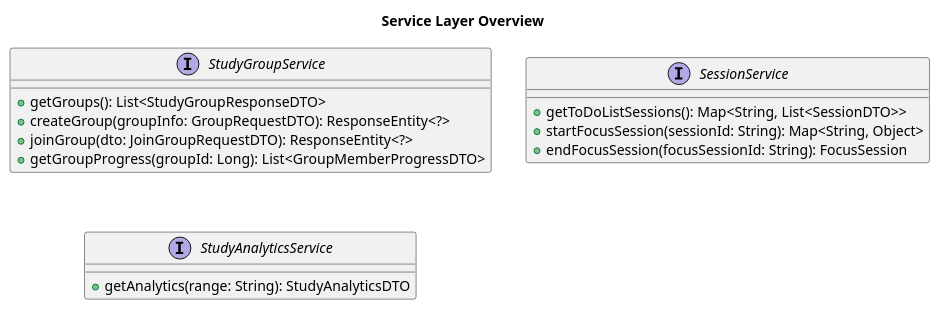
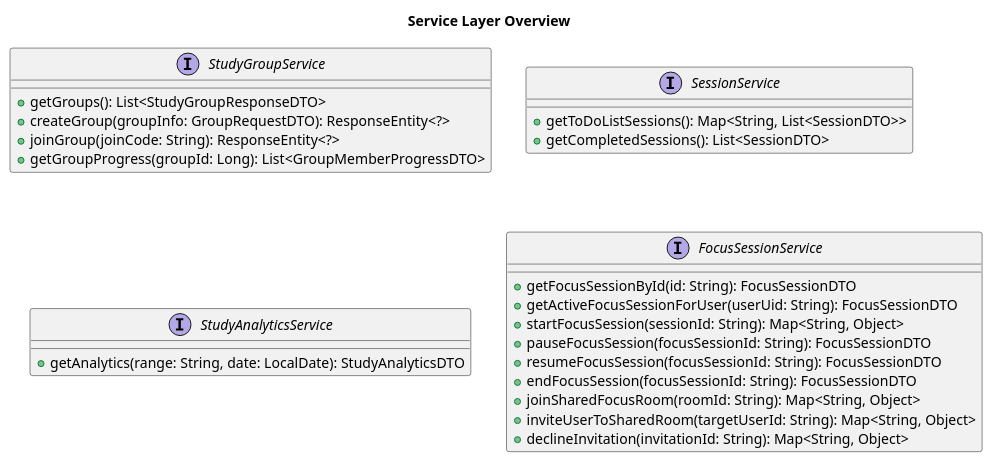
Before and after one commit to keerati5003/PlanMate-Diagram: the diagram in p2/service.puml, drawn with PlantUML. The commit also changed 7 other files, not shown here.

Commit message:
update diagram

```diff
--- a/p2/service.puml
+++ b/p2/service.puml
@@ -1,21 +1,32 @@
 @startuml
 title Service Layer Overview
 
 interface StudyGroupService {
     + getGroups(): List<StudyGroupResponseDTO>
     + createGroup(groupInfo: GroupRequestDTO): ResponseEntity<?>
-    + joinGroup(dto: JoinGroupRequestDTO): ResponseEntity<?>
+    + joinGroup(joinCode: String): ResponseEntity<?>
     + getGroupProgress(groupId: Long): List<GroupMemberProgressDTO>
 }
 
 interface SessionService {
     + getToDoListSessions(): Map<String, List<SessionDTO>>
-    + startFocusSession(sessionId: String): Map<String, Object>
-    + endFocusSession(focusSessionId: String): FocusSession
+    + getCompletedSessions(): List<SessionDTO>
 }
 
 interface StudyAnalyticsService {
-    + getAnalytics(range: String): StudyAnalyticsDTO
+    + getAnalytics(range: String, date: LocalDate): StudyAnalyticsDTO
+}
+
+interface FocusSessionService {
+    + getFocusSessionById(id: String): FocusSessionDTO
+    + getActiveFocusSessionForUser(userUid: String): FocusSessionDTO
+    + startFocusSession(sessionId: String): Map<String, Object>
+    + pauseFocusSession(focusSessionId: String): FocusSessionDTO
+    + resumeFocusSession(focusSessionId: String): FocusSessionDTO
+    + endFocusSession(focusSessionId: String): FocusSessionDTO
+    + joinSharedFocusRoom(roomId: String): Map<String, Object>
+    + inviteUserToSharedRoom(targetUserId: String): Map<String, Object>
+    + declineInvitation(invitationId: String): Map<String, Object>
 }
 
 @enduml
```
